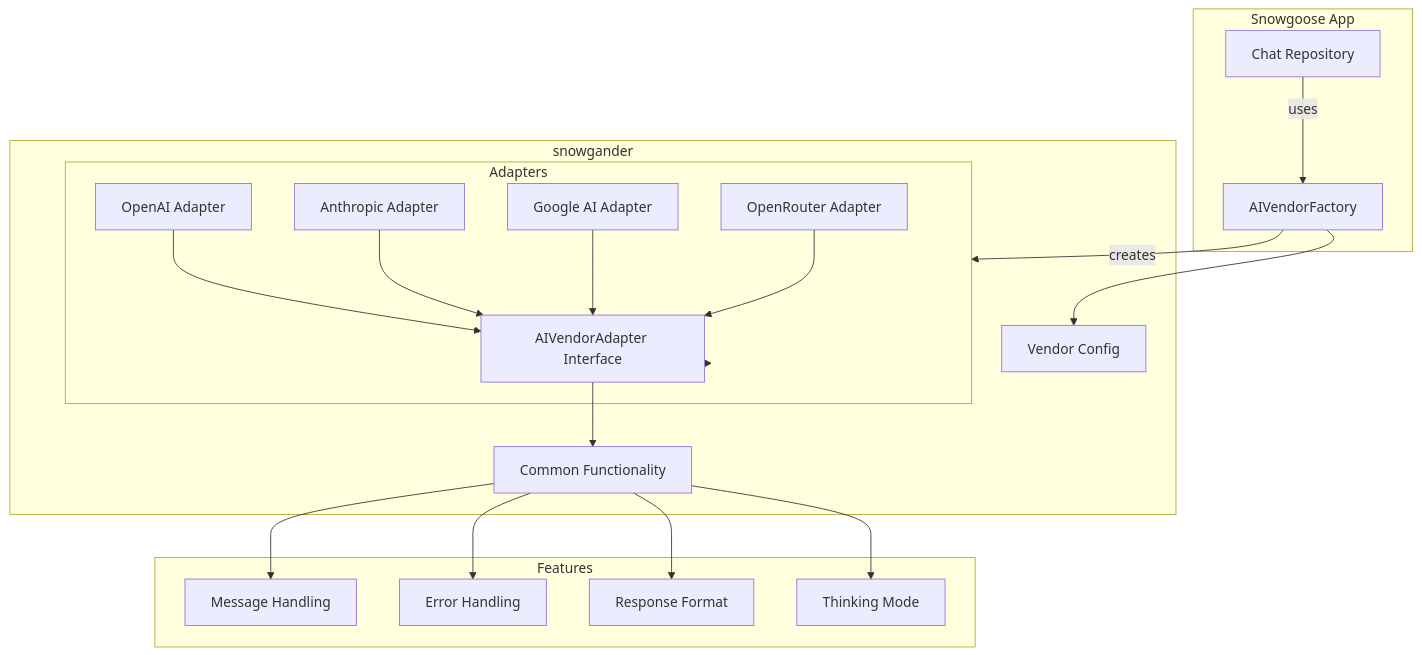
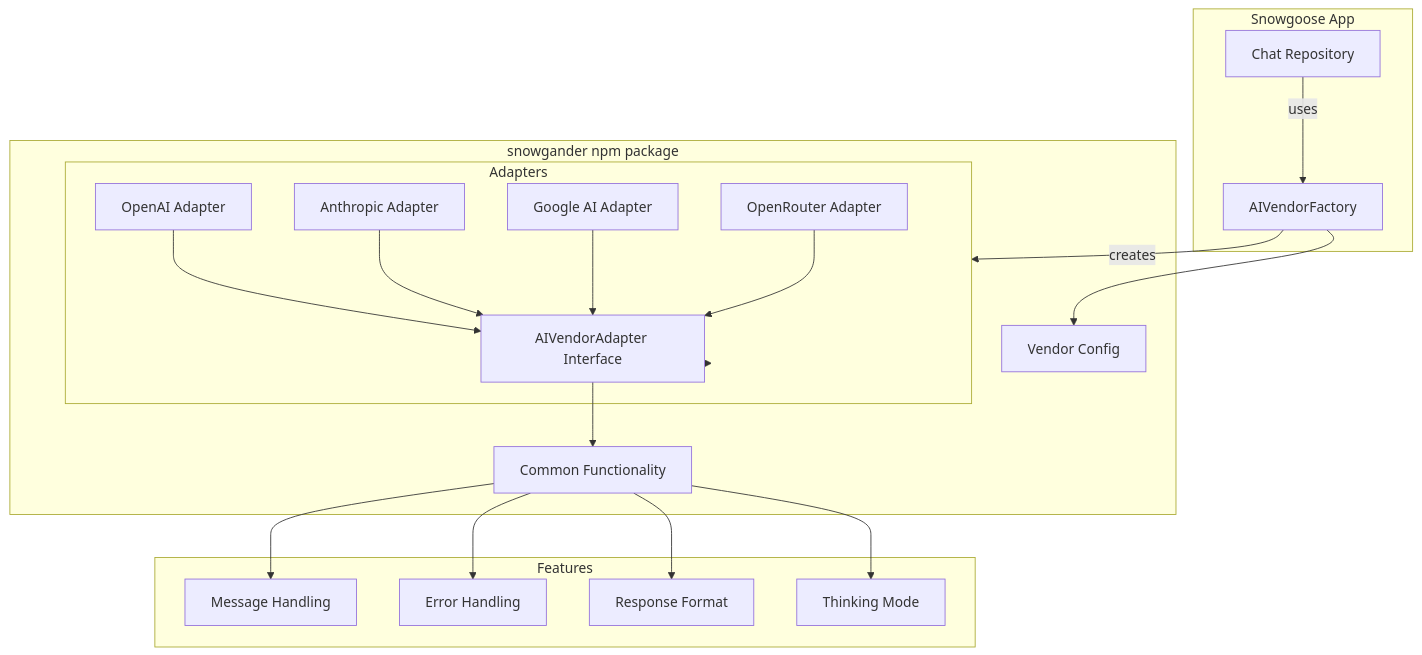
One commit to loneyeti/snowgoose changed the third of 5 diagrams in memory-bank/systemPatterns.md. Above: the diagram before and after it, drawn with Mermaid. The commit also changed other lines of this file and 18 other files, not shown here.

````diff
--- a/memory-bank/systemPatterns.md
+++ b/memory-bank/systemPatterns.md
@@ -152,28 +160,28 @@
 ```mermaid
 flowchart TD
     subgraph Snowgoose App
         ChatRepo[Chat Repository] -- uses --> VendorFactory
     end
 
-    subgraph "snowgander"
+    subgraph "snowgander npm package"
         VendorFactory[AIVendorFactory] --> Config[Vendor Config]
         VendorFactory -- creates --> Adapters
         Adapters --> BaseAdapter[AIVendorAdapter Interface]
 
         subgraph Adapters
             OpenAIAdapter[OpenAI Adapter] --> BaseAdapter
             AnthropicAdapter[Anthropic Adapter] --> BaseAdapter
             GoogleAdapter[Google AI Adapter] --> BaseAdapter
             OpenRouterAdapter[OpenRouter Adapter] --> BaseAdapter
         end
 
         BaseAdapter --> Common[Common Functionality]
     end
 
     subgraph Features
         Common --> MessageHandling[Message Handling]
         Common --> ErrorHandling[Error Handling]
         Common --> ResponseFormat[Response Format]
         Common --> ThinkingMode[Thinking Mode]
     end
 ```
````
